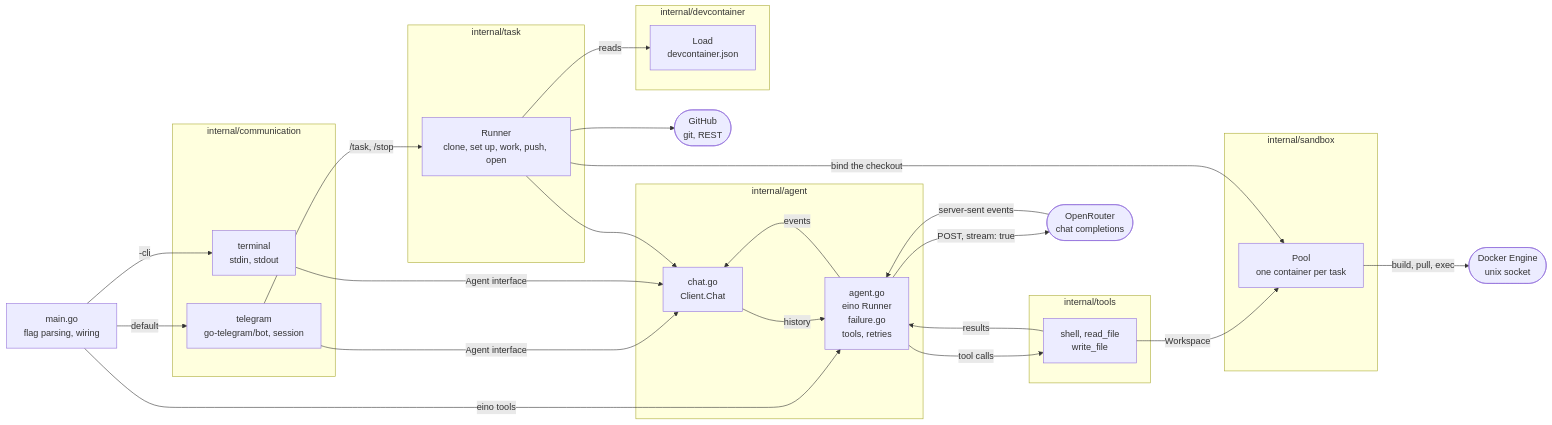
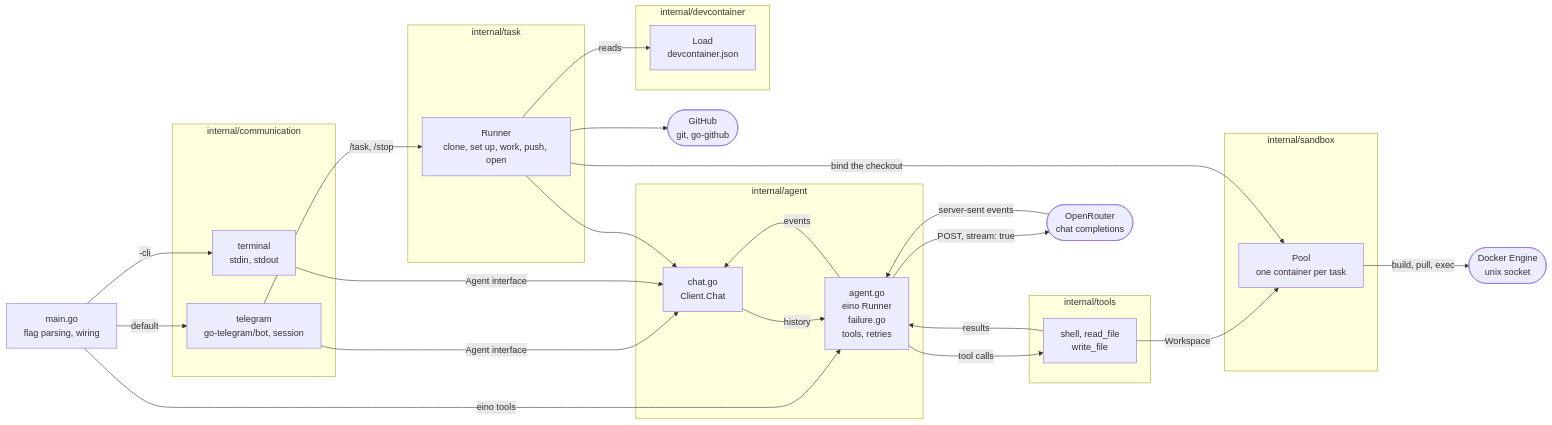
The first of 2 diagrams in README.md (skryvets/my-agent), drawn with Mermaid before and after one commit. The commit also changed other lines of this file and 6 other files, not shown here.

First line of the commit message:
Call GitHub through google/go-github

````diff
--- a/README.md
+++ b/README.md
@@ -31,52 +33,52 @@
 ```mermaid
 flowchart LR
     main["main.go<br/>flag parsing, wiring"]
 
     subgraph comm ["internal/communication"]
         tg["telegram<br/>go-telegram/bot, session"]
         term["terminal<br/>stdin, stdout"]
     end
 
     subgraph core ["internal/agent"]
         chat["chat.go<br/>Client.Chat"]
         eino["agent.go<br/>eino Runner<br/>failure.go<br/>tools, retries"]
     end
 
     subgraph kit ["internal/tools"]
         sh["shell, read_file<br/>write_file"]
     end
 
     subgraph job ["internal/task"]
         runner["Runner<br/>clone, set up, work, push, open"]
     end
 
     subgraph spec ["internal/devcontainer"]
         dc["Load<br/>devcontainer.json"]
     end
 
     subgraph box ["internal/sandbox"]
         pool["Pool<br/>one container per task"]
     end
 
     api(["OpenRouter<br/>chat completions"])
     dock(["Docker Engine<br/>unix socket"])
 
     main -->|default| tg
     main -->|"-cli"| term
     main -->|eino tools| eino
     tg -->|Agent interface| chat
     term -->|Agent interface| chat
     chat -->|history| eino
     eino -->|"POST, stream: true"| api
     api -->|server-sent events| eino
     eino -->|events| chat
     eino -->|tool calls| sh
     sh -->|Workspace| pool
     sh -->|results| eino
     tg -->|"/task, /stop"| runner
     runner -->|reads| dc
     runner -->|bind the checkout| pool
     runner --> chat
     pool -->|"build, pull, exec"| dock
-    runner --> gh(["GitHub<br/>git, REST"])
+    runner --> gh(["GitHub<br/>git, go-github"])
 ```
````
